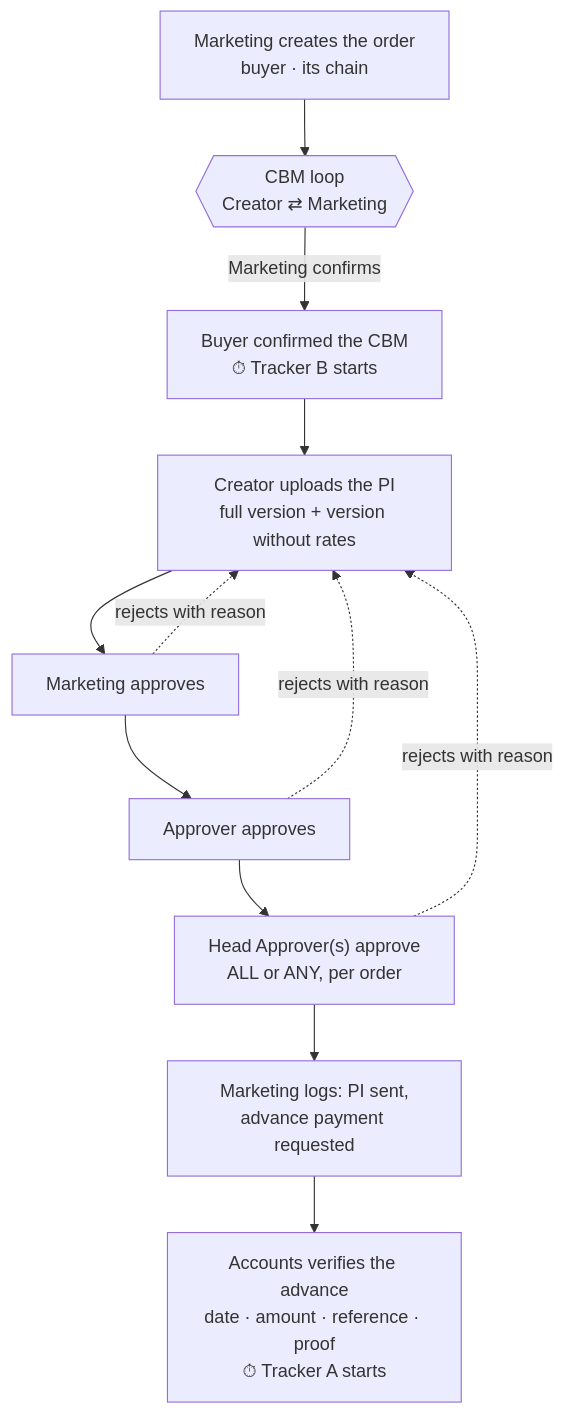
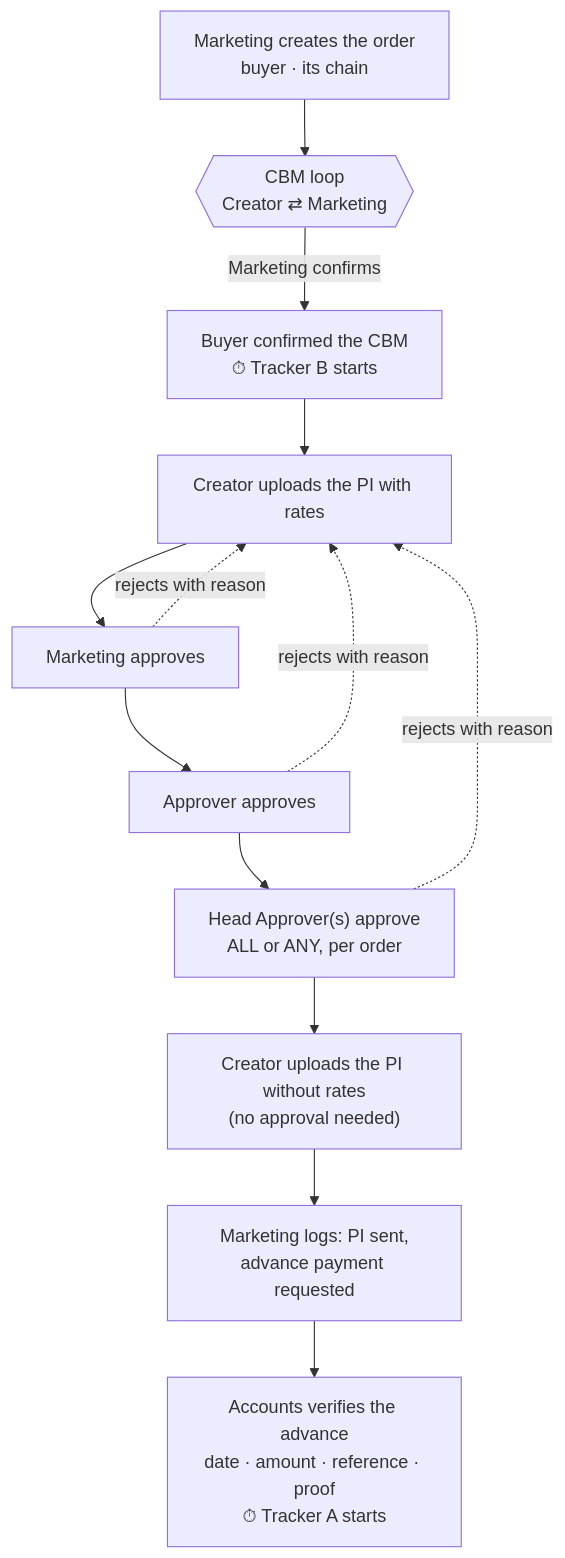
One commit to Zardian18/docflow changed the first of 3 diagrams in docs/v2-workflow.md. Above: the diagram before and after it, drawn with Mermaid. The commit also changed other lines of this file and 76 other files, not shown here.

First line of the commit message:
feat: PI without rates after approval, approvers tagged (D32); security review fixes (D33)

````diff
--- a/docs/v2-workflow.md
+++ b/docs/v2-workflow.md
@@ -22,14 +22,15 @@
 ```mermaid
 flowchart TB
   A["Marketing creates the order<br/>buyer · its chain"] --> B{{"CBM loop<br/>Creator ⇄ Marketing"}}
   B -->|Marketing confirms| C["Buyer confirmed the CBM<br/>⏱ Tracker B starts"]
-  C --> D["Creator uploads the PI<br/>full version + version without rates"]
+  C --> D["Creator uploads the PI with rates"]
   D --> E["Marketing approves"]
   E --> F["Approver approves"]
   F --> G["Head Approver(s) approve<br/>ALL or ANY, per order"]
   E -.->|rejects with reason| D
   F -.->|rejects with reason| D
   G -.->|rejects with reason| D
-  G --> H["Marketing logs: PI sent,<br/>advance payment requested"]
+  G --> NR["Creator uploads the PI without rates<br/>(no approval needed)"]
+  NR --> H["Marketing logs: PI sent,<br/>advance payment requested"]
   H --> I["Accounts verifies the advance<br/>date · amount · reference · proof<br/>⏱ Tracker A starts"]
 ```
````
